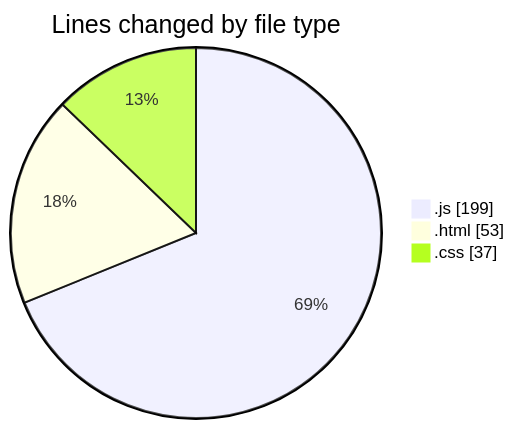
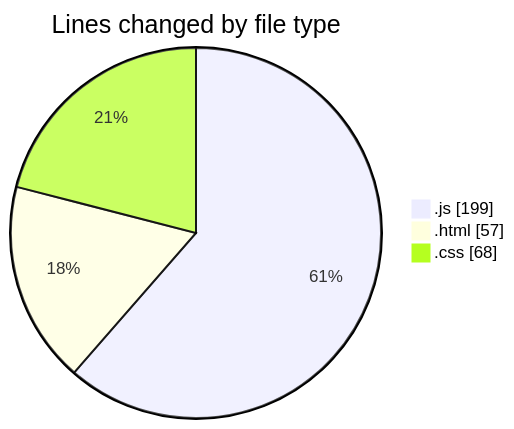
Before and after one commit to Ritupan-Deka/code-tracking: the first of 2 diagrams in 2025-01-24/projects/README.md, drawn with Mermaid. The commit also changed other lines of this file and 1 other file, not shown here.

````diff
--- a/2025-01-24/projects/README.md
+++ b/2025-01-24/projects/README.md
@@ -29,7 +29,7 @@
 ```mermaid
 pie showData
 title Lines changed by file type
 ".js" : 199
-".html" : 53
-".css" : 37
+".html" : 57
+".css" : 68
 ```
````
